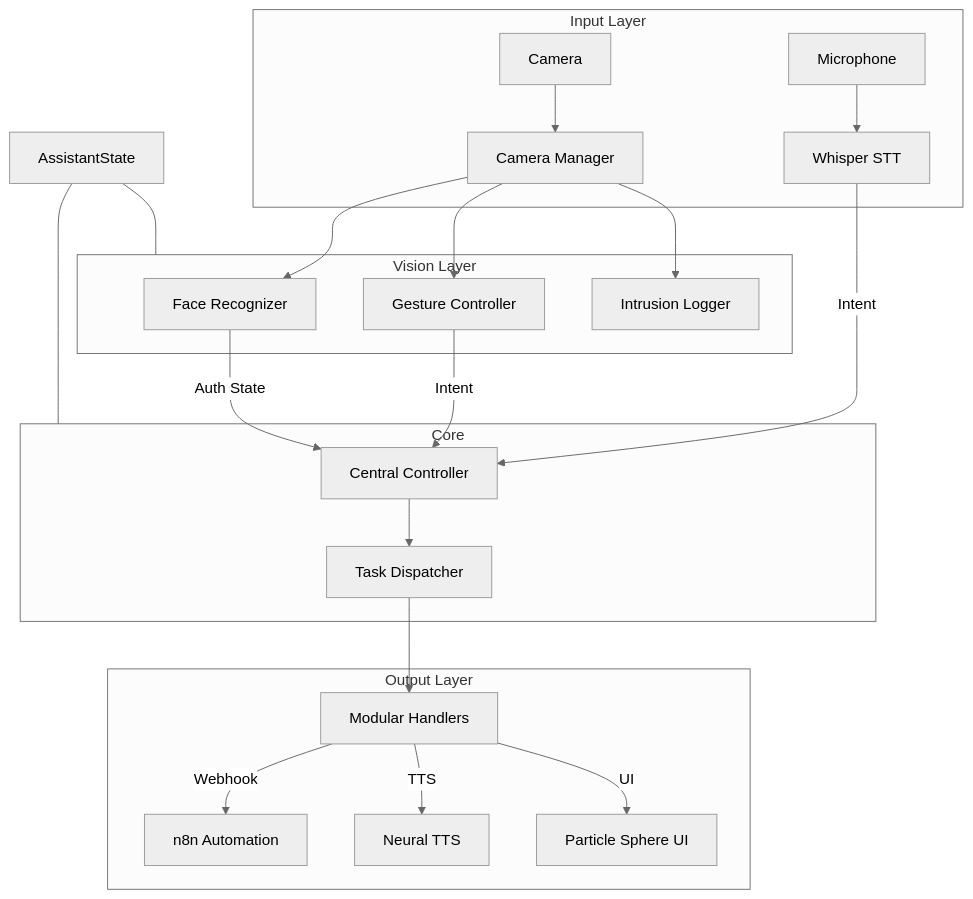
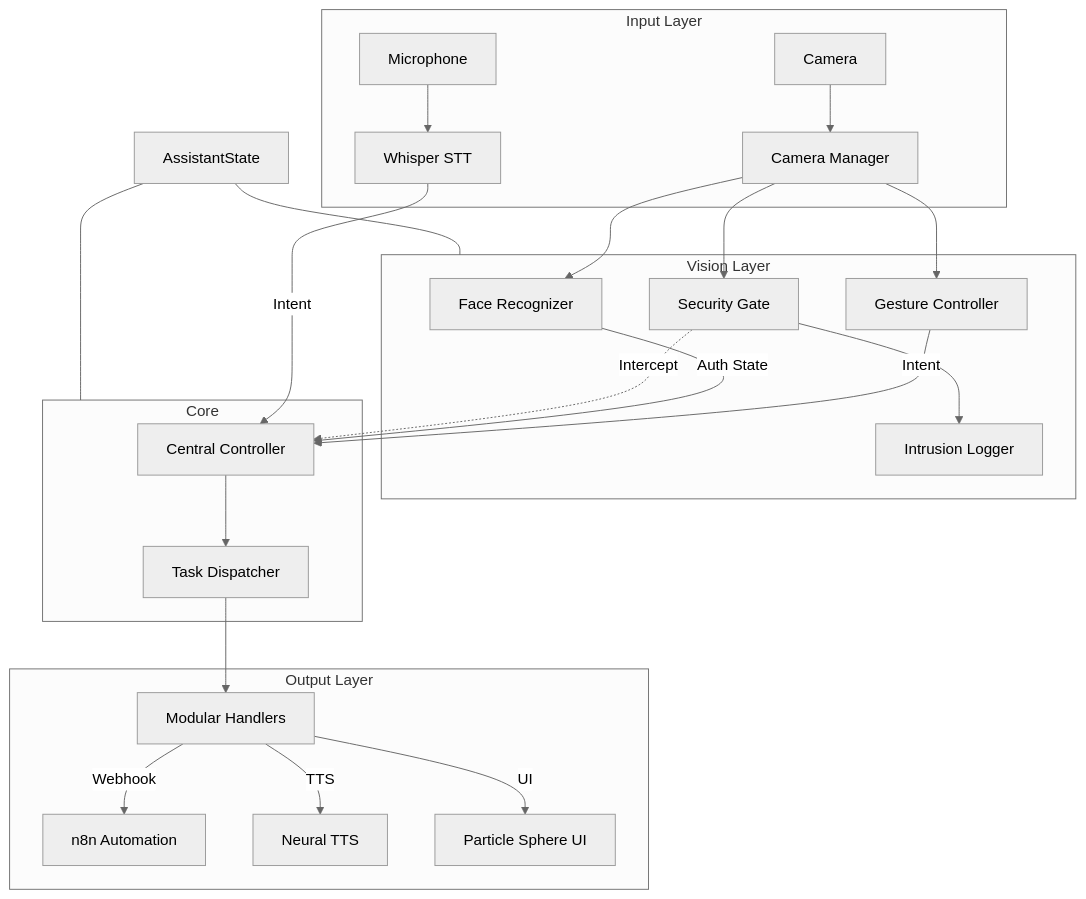
The diagram in README.md (SanujaRubasinghe/Aethera-The-Modular-Multi-Modal-Assistant), drawn with Mermaid (neutral theme) before and after one commit. The commit also changed other lines of this file and 2 other files, not shown here.

````diff
--- a/README.md
+++ b/README.md
@@ -37,30 +41,32 @@
 ```mermaid
 graph TB
     subgraph InputLayer ["Input Layer"]
         Mic[Microphone] --> STT[Whisper STT]
         Cam[Camera] --> CM[Camera Manager]
     end
 
     subgraph VisionLayer ["Vision Layer"]
         CM --> FR[Face Recognizer]
         CM --> GC[Gesture Controller]
-        CM --> IL[Intrusion Logger]
+        CM --> SG[Security Gate]
+        SG --> IL[Intrusion Logger]
     end
 
     subgraph CoreLayer ["Core"]
         STT -->|Intent| CC[Central Controller]
         GC -->|Intent| CC
         FR -->|Auth State| CC
         CC --> TD[Task Dispatcher]
+        SG -.->|Intercept| CC
     end
 
     subgraph OutputLayer ["Output Layer"]
         TD --> Handlers[Modular Handlers]
         Handlers -->|Webhook| n8n[n8n Automation]
         Handlers -->|TTS| NeuralTTS[Neural TTS]
         Handlers -->|UI| Vis[Particle Sphere UI]
     end
 
     S[AssistantState] --- CoreLayer
     S --- VisionLayer
 ```
````
